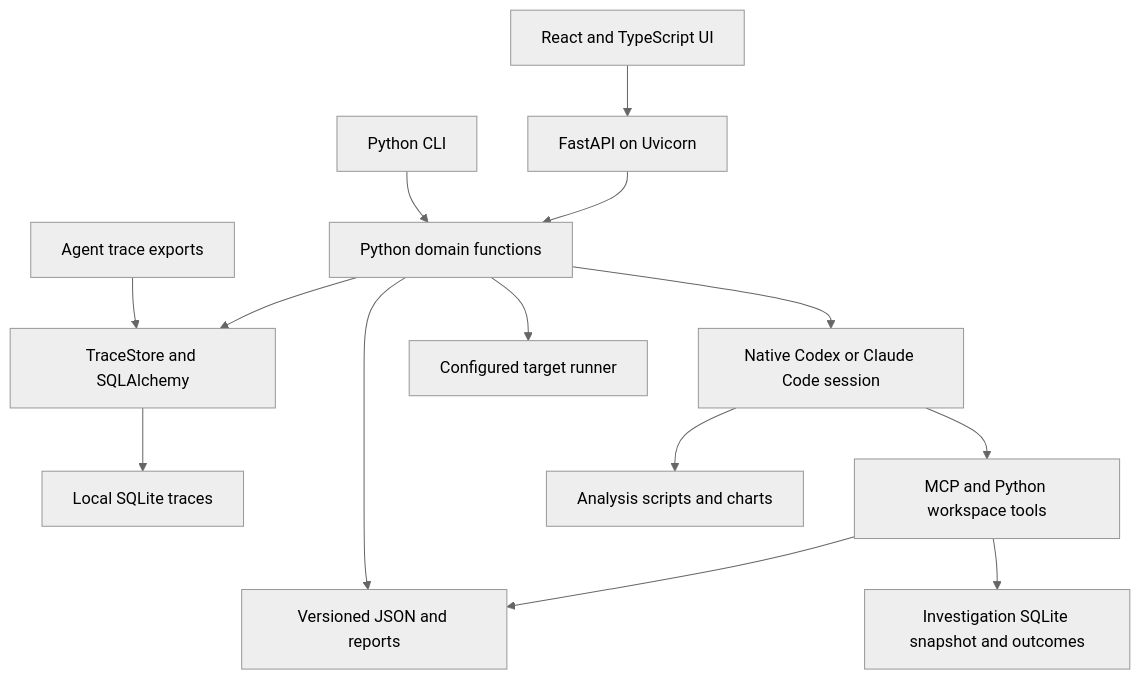
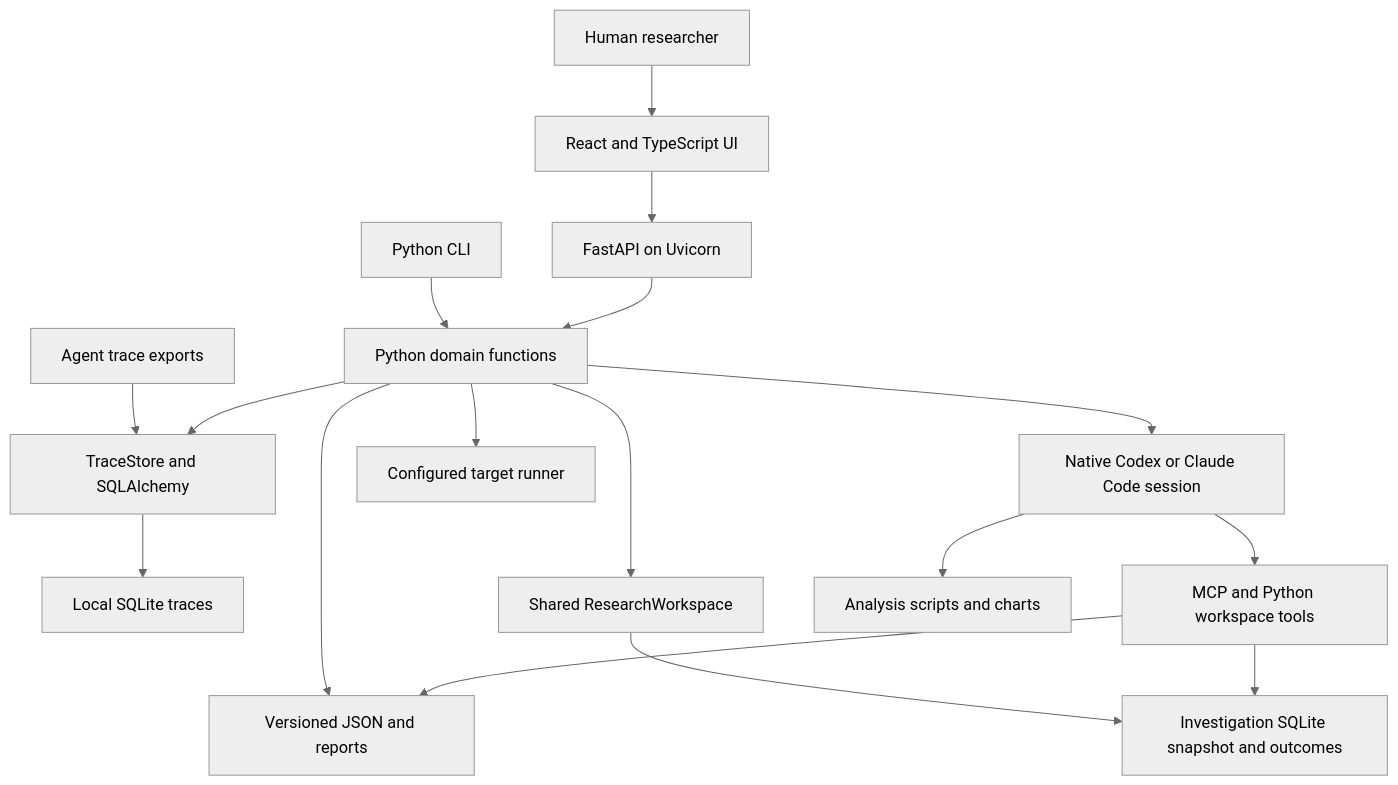
One commit to shekharpalit/agent-data-workbench changed the diagram in openwiki/architecture/system.md. Above: the diagram before and after it, drawn with Mermaid (neutral theme). The commit also changed other lines of this file and 34 other files, not shown here.

````diff
--- a/openwiki/architecture/system.md
+++ b/openwiki/architecture/system.md
@@ -53,16 +57,19 @@
 ```mermaid
 flowchart TD
   Traces[Agent trace exports] --> Store[TraceStore and SQLAlchemy]
   CLI[Python CLI] --> SDK[Python domain functions]
   UI[React and TypeScript UI] --> API[FastAPI on Uvicorn]
   API --> SDK
   SDK --> Store
   Store --> SQLite[Local SQLite traces]
   SDK --> Artifacts[Versioned JSON and reports]
+  Human[Human researcher] --> UI
+  SDK --> Workspace[Shared ResearchWorkspace]
+  Workspace --> Snapshot
   SDK --> Session[Native Codex or Claude Code session]
   Session --> Tools[MCP and Python workspace tools]
   Tools --> Snapshot[Investigation SQLite snapshot and outcomes]
   Tools --> Artifacts
   Session --> Files[Analysis scripts and charts]
   SDK --> Runner[Configured target runner]
 ```
````
